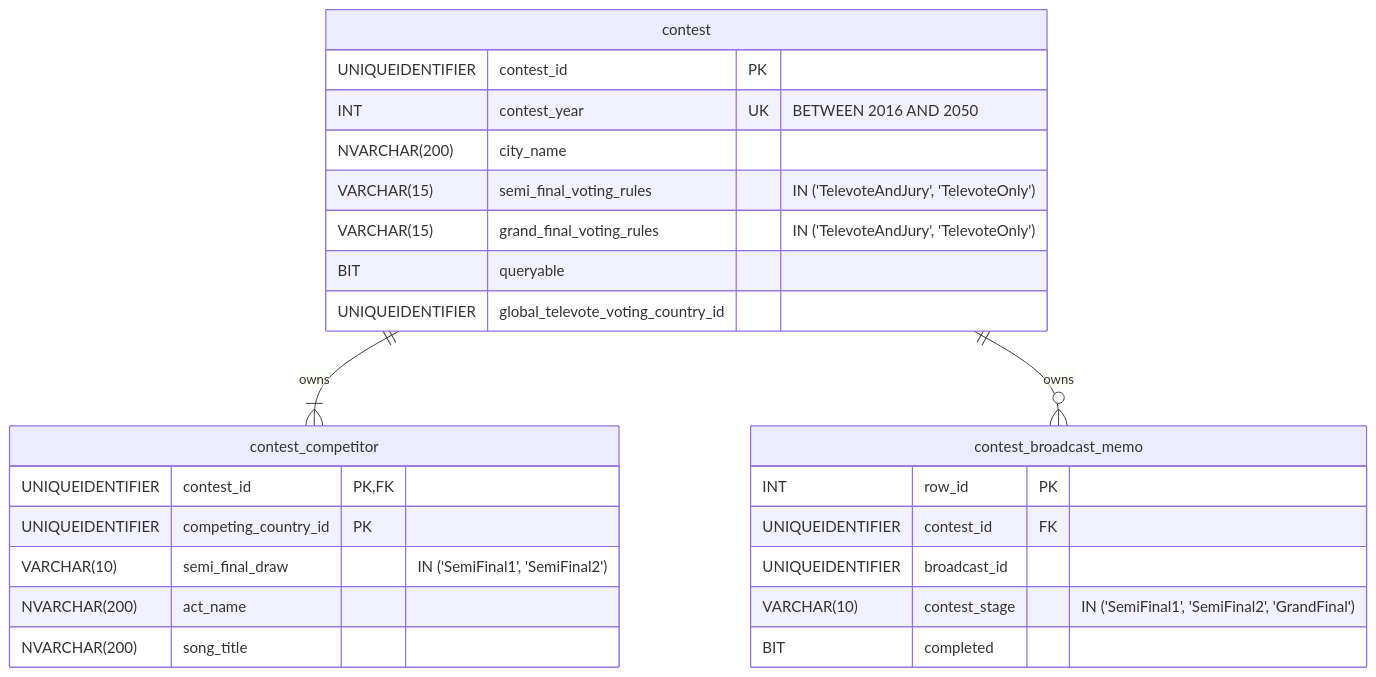
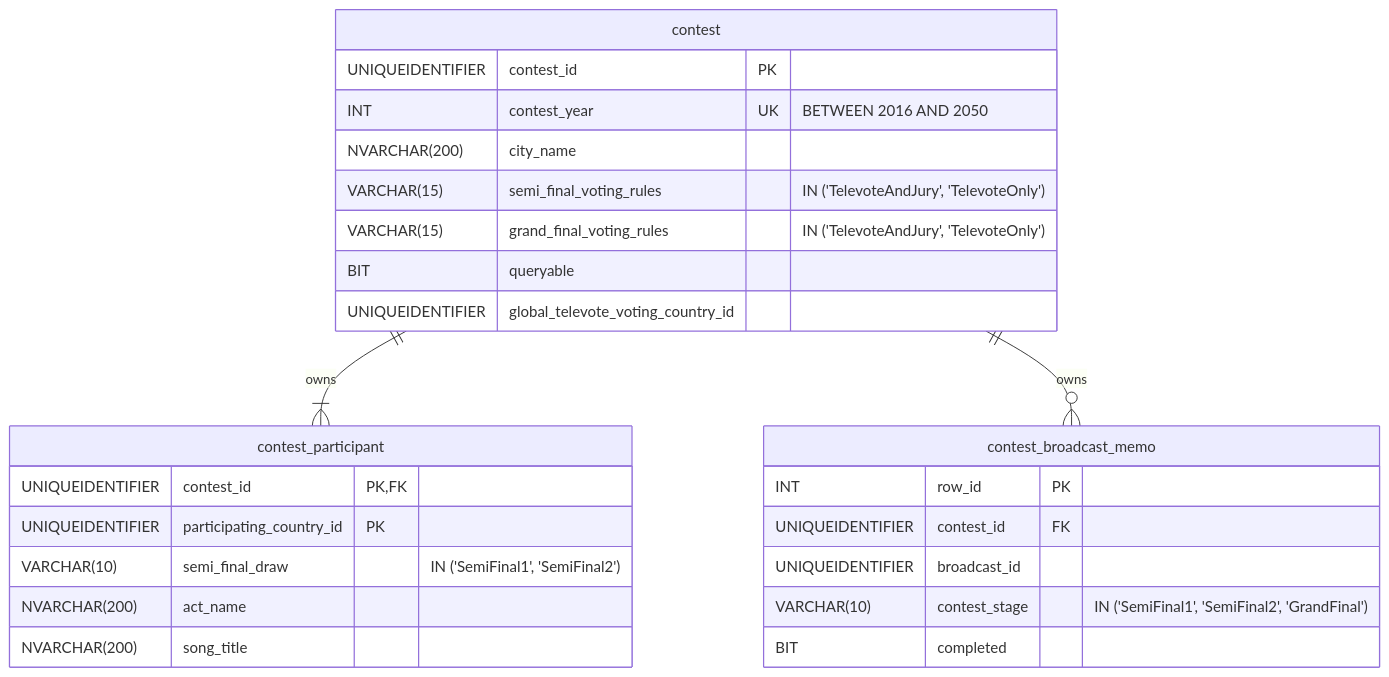
The second of 8 diagrams in docs/launch_spec/08_database_schema.md (MattSortsThings/eurocentric), drawn with Mermaid before and after one commit. The commit also changed other lines of this file, not shown here.

Commit message:
docs: fix launch spec db schema typos

````diff
--- a/docs/launch_spec/08_database_schema.md
+++ b/docs/launch_spec/08_database_schema.md
@@ -44,32 +45,32 @@
 ```mermaid
 erDiagram
 
   contest {
     UNIQUEIDENTIFIER contest_id PK
     INT contest_year UK "BETWEEN 2016 AND 2050"
     NVARCHAR(200) city_name
     VARCHAR(15) semi_final_voting_rules "IN ('TelevoteAndJury', 'TelevoteOnly')"
     VARCHAR(15) grand_final_voting_rules "IN ('TelevoteAndJury', 'TelevoteOnly')"
     BIT queryable
     UNIQUEIDENTIFIER global_televote_voting_country_id
   }
 
-  contest_competitor {
+  contest_participant {
     UNIQUEIDENTIFIER contest_id PK,FK
-    UNIQUEIDENTIFIER competing_country_id PK
+    UNIQUEIDENTIFIER participating_country_id PK
     VARCHAR(10) semi_final_draw "IN ('SemiFinal1', 'SemiFinal2')"
     NVARCHAR(200) act_name
     NVARCHAR(200) song_title
   }
 
   contest_broadcast_memo {
     INT row_id PK
     UNIQUEIDENTIFIER contest_id FK
     UNIQUEIDENTIFIER broadcast_id
     VARCHAR(10) contest_stage "IN ('SemiFinal1', 'SemiFinal2', 'GrandFinal')"
     BIT completed
   }
 
-  contest ||--|{ contest_competitor : owns
+  contest ||--|{ contest_participant : owns
   contest ||--o{ contest_broadcast_memo : owns
 ```
````
